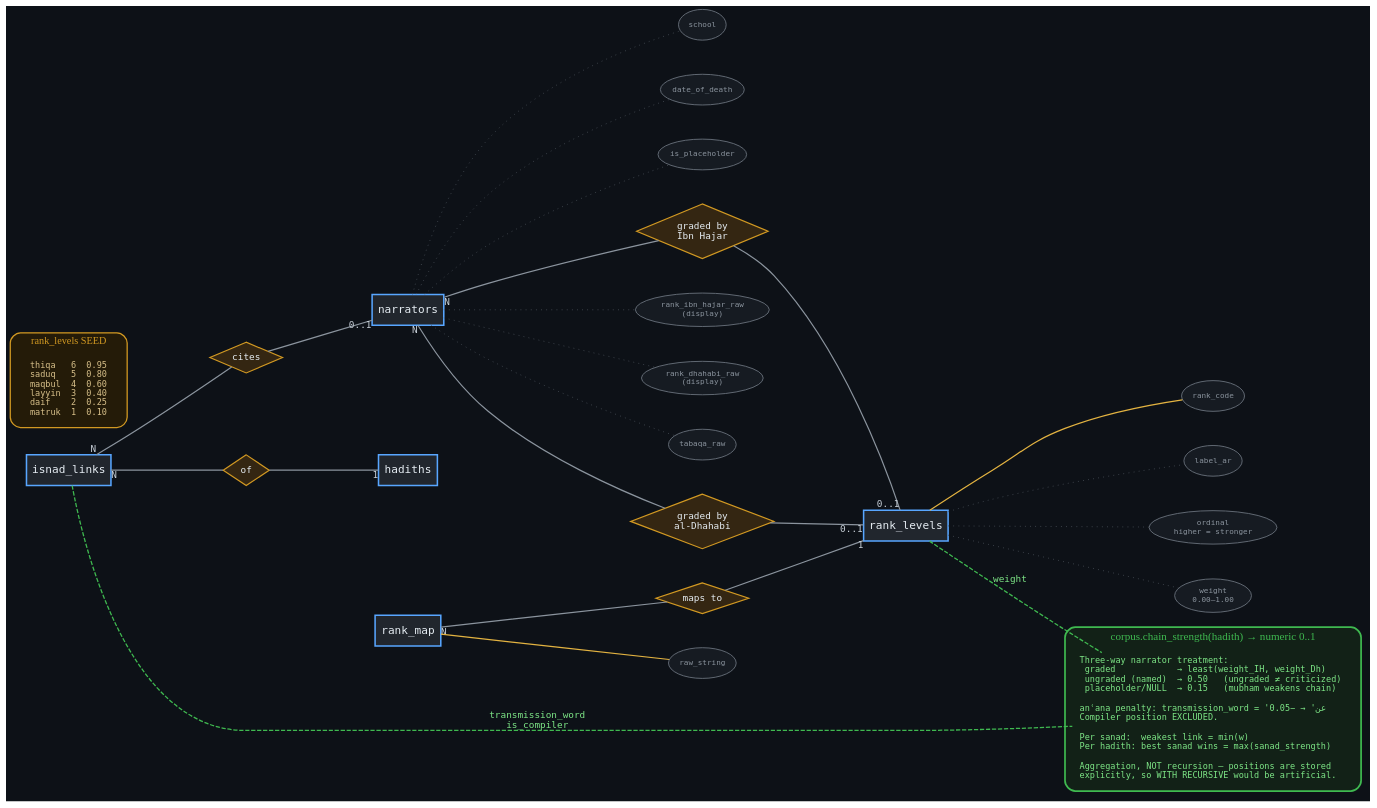
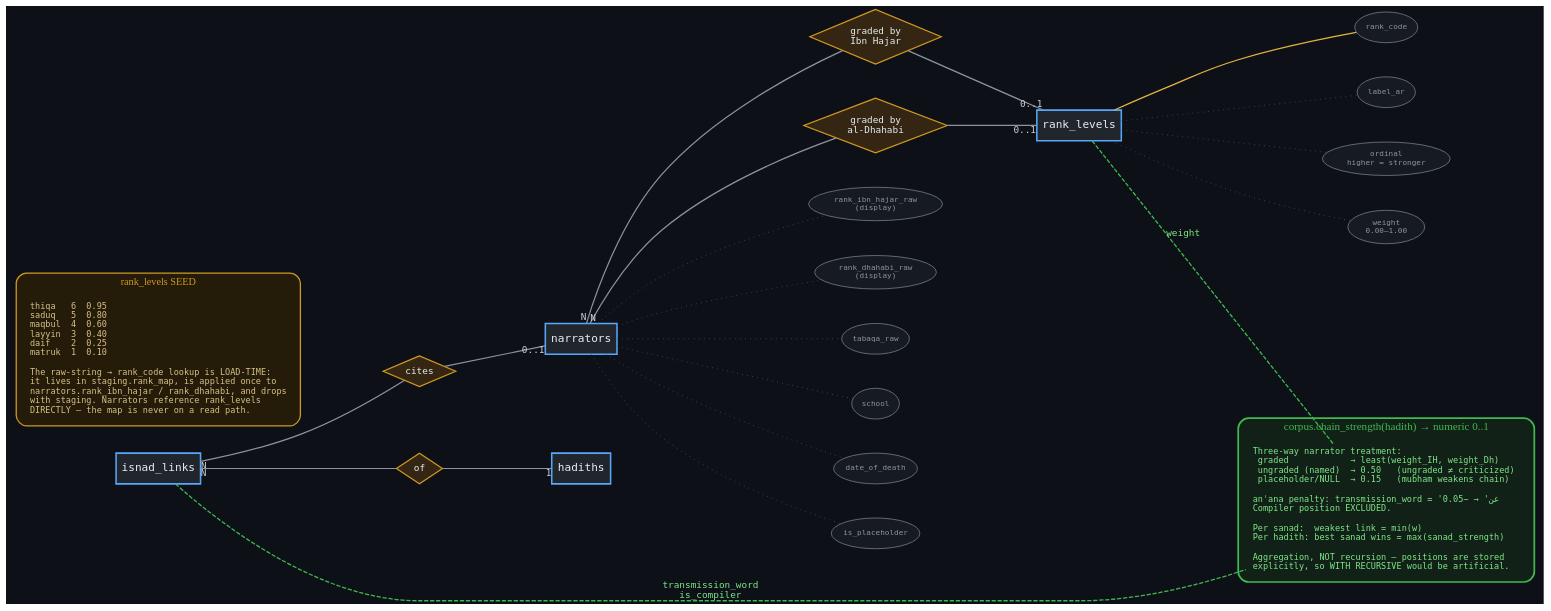
The diagram in docs/erd/full/04_grading.dot (Kamrulhasan12345/ilham), drawn with Graphviz before and after one commit. The commit also changed 53 other files, not shown here.

First line of the commit message:
fix: make the schema loadable and correct the study-layer model

```diff
--- a/docs/erd/full/04_grading.dot
+++ b/docs/erd/full/04_grading.dot
@@ -1,67 +1,63 @@
 graph ilham_grading {
   rankdir=LR;
   bgcolor="#0D1117";
   splines=spline;
   overlap=false;
   nodesep=0.55;
   ranksep=1.45;
   node [fontname="DejaVu Sans Mono", fontsize=10, fontcolor="#C9D1D9"];
   edge [fontname="DejaVu Sans Mono", fontsize=9, color="#8B949E", fontcolor="#8B949E"];
 
   // ---- ENTITIES ----
   node [shape=box, style="filled,bold", penwidth=1.8, fillcolor="#21262D", color="#58A6FF", fontcolor="#E6EDF3", fontsize=13];
-  narrators; rank_levels; rank_map; isnad_links; hadiths;
+  narrators; rank_levels; isnad_links; hadiths;
 
   // ---- RELATIONSHIPS ----
   node [shape=diamond, style="filled", fillcolor="#342612", color="#D29922", penwidth=1.4, fontsize=11, fontcolor="#E6EDF3"];
-  r_rankmap [label="maps to"];
   r_nar_ih  [label="graded by\nIbn Hajar"];
   r_nar_dh  [label="graded by\nal-Dhahabi"];
   r_link_nar [label="cites"];
   r_link_had [label="of"];
 
   // ---- ATTRIBUTES ----
   node [shape=ellipse, style="filled", fillcolor="#161B22", color="#6E7681", penwidth=1, fontsize=9, fontcolor="#8B949E"];
   a_rl1 [label="rank_code"]; a_rl2 [label="label_ar"];
   a_rl3 [label="ordinal\nhigher = stronger"]; a_rl4 [label="weight\n0.00–1.00"];
-  a_rm1 [label="raw_string"];
   a_n1 [label="rank_ibn_hajar_raw\n(display)"]; a_n2 [label="rank_dhahabi_raw\n(display)"];
   a_n3 [label="tabaqa_raw"]; a_n4 [label="school"]; a_n5 [label="date_of_death"];
   a_n6 [label="is_placeholder"];
 
   edge [color="#484F58", style=dotted];
   rank_levels -- a_rl1 [color="#E3B341", style=solid, penwidth=1.4];
   rank_levels -- a_rl2; rank_levels -- a_rl3; rank_levels -- a_rl4;
-  rank_map -- a_rm1 [color="#E3B341", style=solid, penwidth=1.4];
   narrators -- a_n1; narrators -- a_n2; narrators -- a_n3;
   narrators -- a_n4; narrators -- a_n5; narrators -- a_n6;
 
   // ---- CARDINALITY ----
   edge [color="#8B949E", style=solid, fontsize=11, fontcolor="#C9D1D9", penwidth=1.4];
-  rank_map  -- r_rankmap [taillabel="N"]; r_rankmap -- rank_levels [headlabel="1"];
   narrators -- r_nar_ih  [taillabel="N"]; r_nar_ih  -- rank_levels [headlabel="0..1"];
   narrators -- r_nar_dh  [taillabel="N"]; r_nar_dh  -- rank_levels [headlabel="0..1"];
   isnad_links -- r_link_nar [taillabel="N"]; r_link_nar -- narrators [headlabel="0..1"];
   isnad_links -- r_link_had [taillabel="N"]; r_link_had -- hadiths [headlabel="1"];
 
   // ---- FUNCTION BOX ----
   subgraph cluster_fn {
     label="corpus.chain_strength(hadith) → numeric 0..1";
     fontname="DejaVu Sans Mono Bold"; fontsize=13; fontcolor="#3FB950";
     style="rounded,filled"; fillcolor="#122117"; color="#3FB950"; penwidth=2;
     node [shape=plaintext, fillcolor="none", fontcolor="#7EE787", fontsize=10];
     fn [label="Three-way narrator treatment:\l  graded            → least(weight_IH, weight_Dh)\l  ungraded (named)  → 0.50   (ungraded ≠ criticized)\l  placeholder/NULL  → 0.15   (mubham weakens chain)\l\lanʿana penalty: transmission_word = 'عن' → −0.05\lCompiler position EXCLUDED.\l\lPer sanad:  weakest link = min(w)\lPer hadith: best sanad wins = max(sanad_strength)\l\lAggregation, NOT recursion — positions are stored\lexplicitly, so WITH RECURSIVE would be artificial.\l"];
   }
 
   edge [color="#3FB950", fontcolor="#7EE787", style=dashed, penwidth=1.5];
   rank_levels -- fn [label="weight"];
   isnad_links -- fn [label="transmission_word\nis_compiler"];
 
   // ---- SEED ----
   subgraph cluster_seed {
     label="rank_levels SEED"; fontname="DejaVu Sans Mono Bold"; fontsize=12; fontcolor="#D29922";
     style="rounded,filled"; fillcolor="#241B08"; color="#D29922"; penwidth=1.5;
     node [shape=plaintext, fillcolor="none", fontcolor="#D8C08A", fontsize=10];
-    seed [label="thiqa   6  0.95\lsaduq   5  0.80\lmaqbul  4  0.60\llayyin  3  0.40\ldaif    2  0.25\lmatruk  1  0.10\l"];
+    seed [label="thiqa   6  0.95\lsaduq   5  0.80\lmaqbul  4  0.60\llayyin  3  0.40\ldaif    2  0.25\lmatruk  1  0.10\l\lThe raw-string → rank_code lookup is LOAD-TIME:\lit lives in staging.rank_map, is applied once to\lnarrators.rank_ibn_hajar / rank_dhahabi, and drops\lwith staging. Narrators reference rank_levels\lDIRECTLY — the map is never on a read path.\l"];
   }
 }
```
